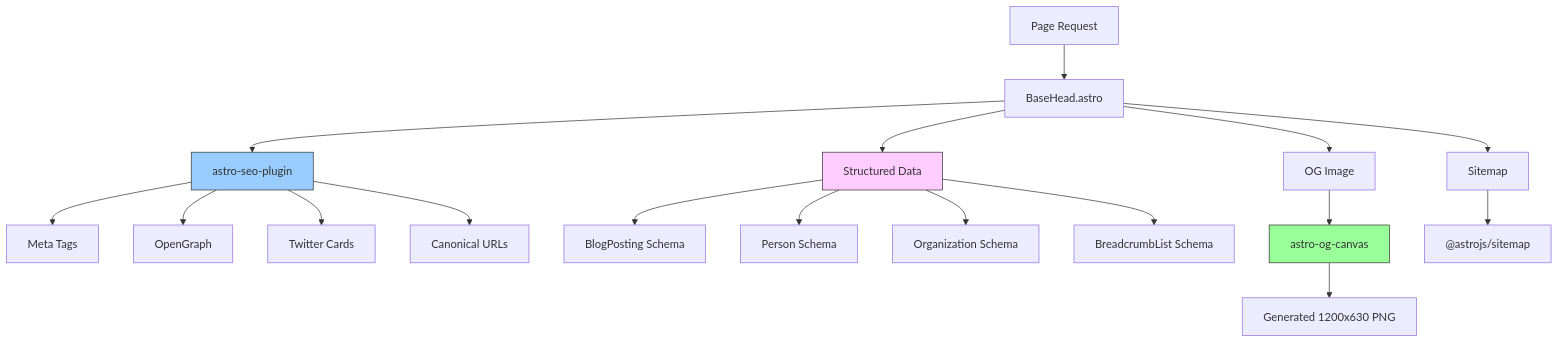
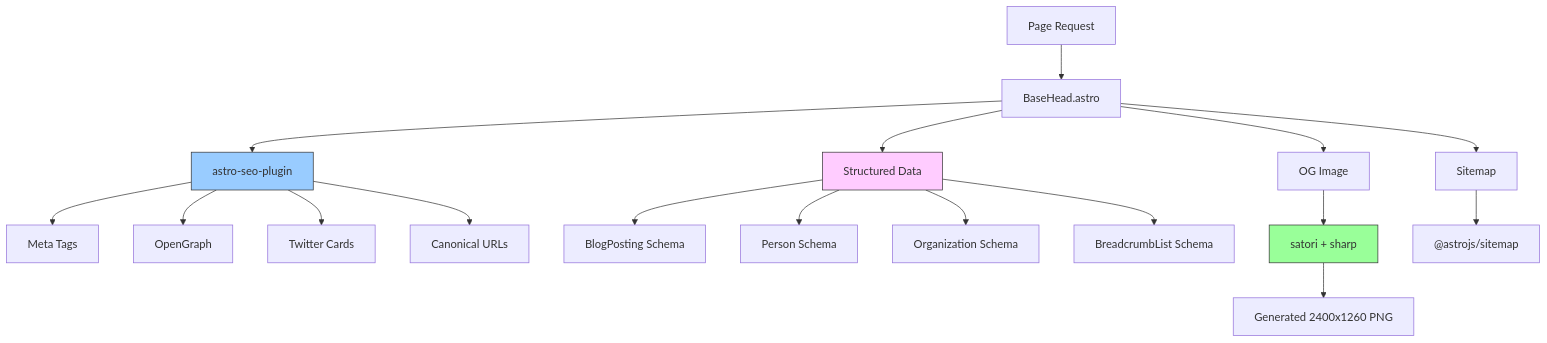
The diagram in docs/architecture/seo-implementation.md (russmckendrick/blog), drawn with Mermaid before and after one commit. The commit also changed other lines of this file and 22 other files, not shown here.

````diff
--- a/docs/architecture/seo-implementation.md
+++ b/docs/architecture/seo-implementation.md
@@ -11,26 +11,26 @@
 ```mermaid
 graph TD
     A[Page Request] --> B[BaseHead.astro]
     B --> C[astro-seo-plugin]
     C --> D[Meta Tags]
     C --> E[OpenGraph]
     C --> F[Twitter Cards]
     C --> G[Canonical URLs]
 
     B --> H[Structured Data]
     H --> I[BlogPosting Schema]
     H --> J[Person Schema]
     H --> K[Organization Schema]
     H --> L[BreadcrumbList Schema]
 
     B --> M[OG Image]
-    M --> N[astro-og-canvas]
-    N --> O["Generated 1200x630 PNG"]
+    M --> N[satori + sharp]
+    N --> O["Generated 2400x1260 PNG"]
 
     B --> P[Sitemap]
     P --> Q["@astrojs/sitemap"]
 
     style C fill:#9cf,stroke:#333
     style H fill:#fcf,stroke:#333
     style N fill:#9f9,stroke:#333
 ```
````
